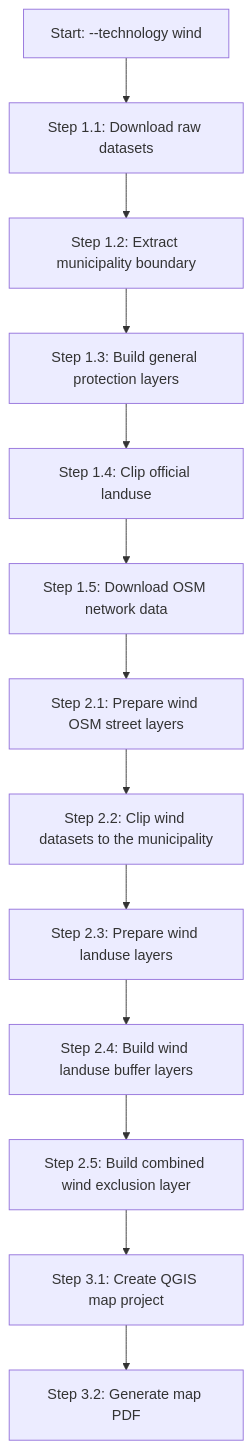
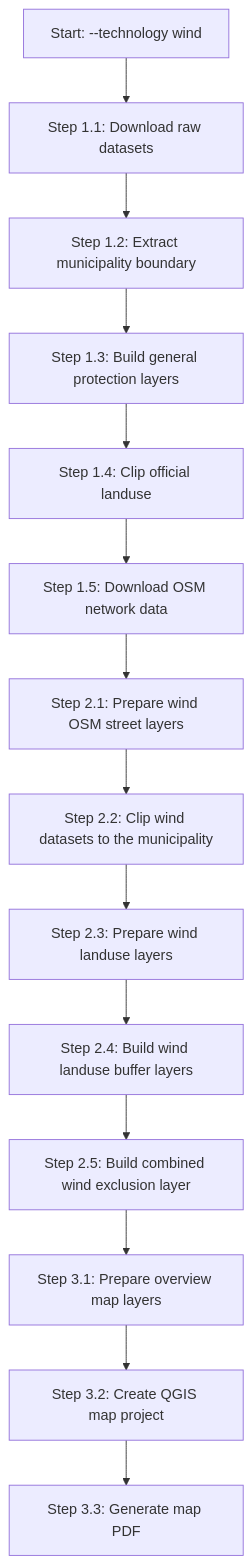
Before and after one commit to flobe08/Projekt---Geodatenprozessierung-und-Automatisierung: the second of 4 diagrams in description/WORKFLOW_DIAGRAMME.md, drawn with Mermaid. The commit also changed other lines of this file and 13 other files, not shown here.

Commit message:
update: add overview map bayern

````diff
--- a/description/WORKFLOW_DIAGRAMME.md
+++ b/description/WORKFLOW_DIAGRAMME.md
@@ -45,17 +45,18 @@
 ```mermaid
 flowchart TD
     Start["Start: --technology wind"] --> A11["Step 1.1: Download raw datasets"]
     A11 --> A12["Step 1.2: Extract municipality boundary"]
     A12 --> A13["Step 1.3: Build general protection layers"]
     A13 --> A14["Step 1.4: Clip official landuse"]
     A14 --> A15["Step 1.5: Download OSM network data"]
 
     A15 --> W21["Step 2.1: Prepare wind OSM street layers"]
     W21 --> W22["Step 2.2: Clip wind datasets to the municipality"]
     W22 --> W23["Step 2.3: Prepare wind landuse layers"]
     W23 --> W24["Step 2.4: Build wind landuse buffer layers"]
     W24 --> W25["Step 2.5: Build combined wind exclusion layer"]
 
-    W25 --> M31["Step 3.1: Create QGIS map project"]
-    M31 --> M32["Step 3.2: Generate map PDF"]
+    W25 --> M31["Step 3.1: Prepare overview map layers"]
+    M31 --> M32["Step 3.2: Create QGIS map project"]
+    M32 --> M33["Step 3.3: Generate map PDF"]
 ```
````
